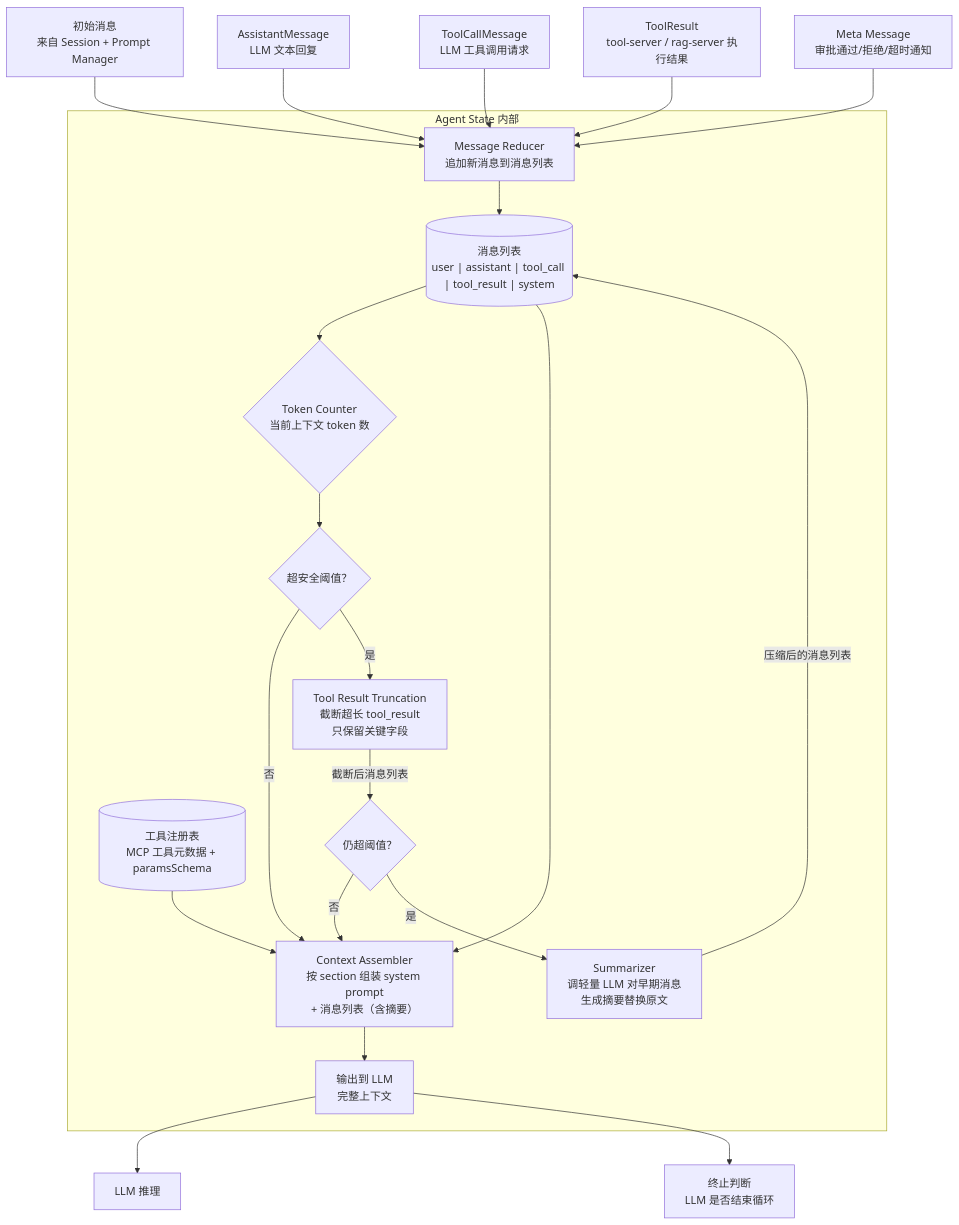
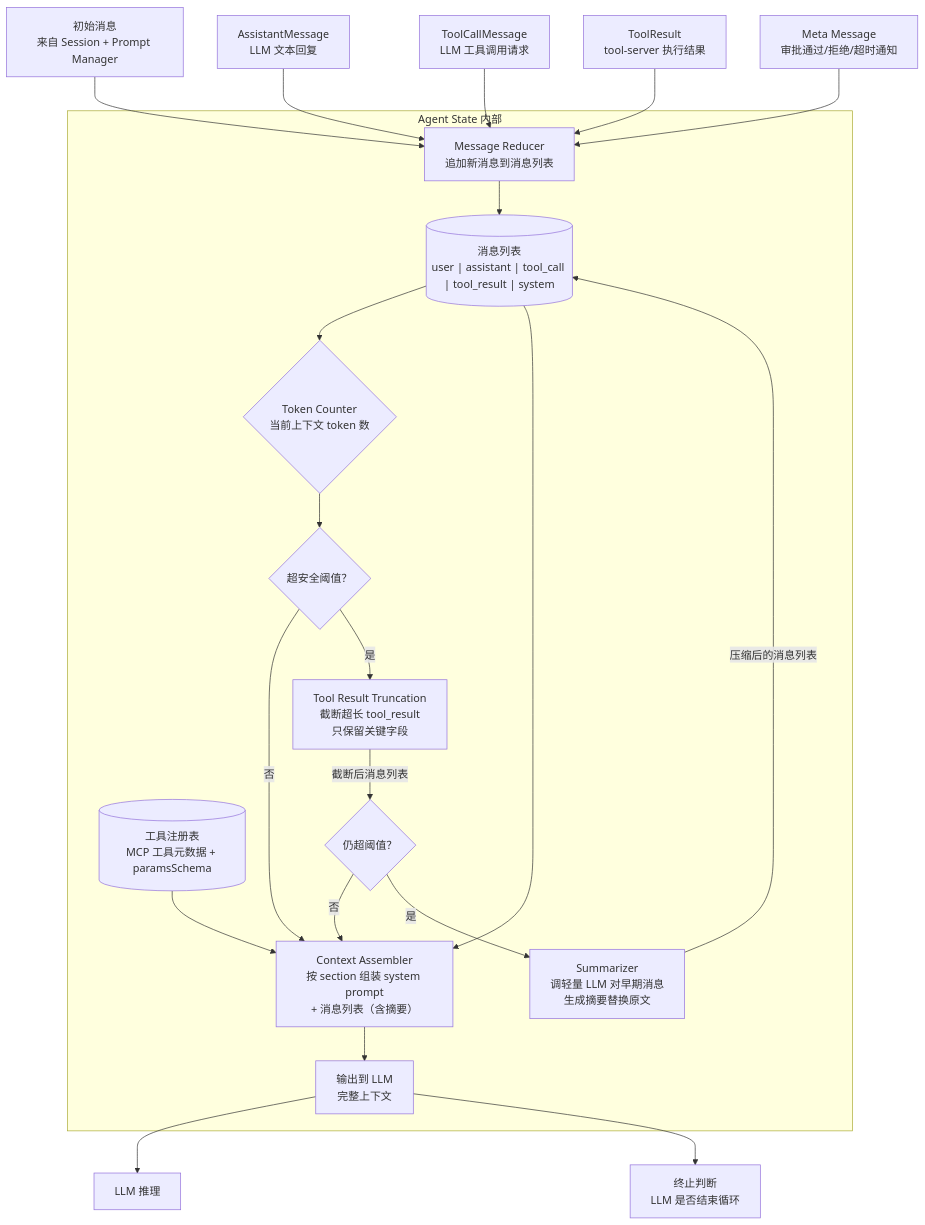
Before and after one commit to nazzeDe/alascup-agent: the sixth of 14 diagrams in web-server/graph.md, drawn with Mermaid. The commit also changed other lines of this file and 20 other files, not shown here.

First line of the commit message:
cleanup: remove all rag-server references — RAG is no longer used

````diff
--- a/web-server/graph.md
+++ b/web-server/graph.md
@@ -331,51 +326,51 @@
 ```mermaid
 flowchart TD
     %% ── 写入端 ──
     write_init["初始消息<br/>来自 Session + Prompt Manager"]
     write_text["AssistantMessage<br/>LLM 文本回复"]
     write_toolcall["ToolCallMessage<br/>LLM 工具调用请求"]
-    write_toolresult["ToolResult<br/>tool-server / rag-server 执行结果"]
+    write_toolresult["ToolResult<br/>tool-server 执行结果"]
     write_meta["Meta Message<br/>审批通过/拒绝/超时通知"]
 
     %% ── Agent State 内部 ──
     subgraph agent_state_internals["Agent State 内部"]
         msg_accumulator["Message Reducer<br/>追加新消息到消息列表"]
         msg_list[("消息列表<br/>user | assistant | tool_call | tool_result | system")]
         tool_registry[("工具注册表<br/>MCP 工具元数据 + paramsSchema")]
 
         token_counter{"Token Counter<br/>当前上下文 token 数"}
         threshold_check{"超安全阈值？"}
         truncator["Tool Result Truncation<br/>截断超长 tool_result<br/>只保留关键字段"]
         retry_check{"仍超阈值？"}
         summarizer["Summarizer<br/>调轻量 LLM 对早期消息<br/>生成摘要替换原文"]
         context_assembler["Context Assembler<br/>按 section 组装 system prompt<br/>+ 消息列表（含摘要）"]
         output_context["输出到 LLM<br/>完整上下文"]
     end
 
     %% ── 读取端 ──
     read_think["LLM 推理"]
     read_decide["终止判断<br/>LLM 是否结束循环"]
 
     %% 连线
     write_init --> msg_accumulator
     write_text --> msg_accumulator
     write_toolcall --> msg_accumulator
     write_toolresult --> msg_accumulator
     write_meta --> msg_accumulator
 
     msg_accumulator --> msg_list
     msg_list --> token_counter
     token_counter --> threshold_check
     threshold_check -- "否" --> context_assembler
     threshold_check -- "是" --> truncator
     truncator -- "截断后消息列表" --> retry_check
     retry_check -- "否" --> context_assembler
     retry_check -- "是" --> summarizer
     summarizer -- "压缩后的消息列表" --> msg_list
 
     msg_list --> context_assembler
     tool_registry --> context_assembler
     context_assembler --> output_context
     output_context --> read_think
     output_context --> read_decide
 ```
````
